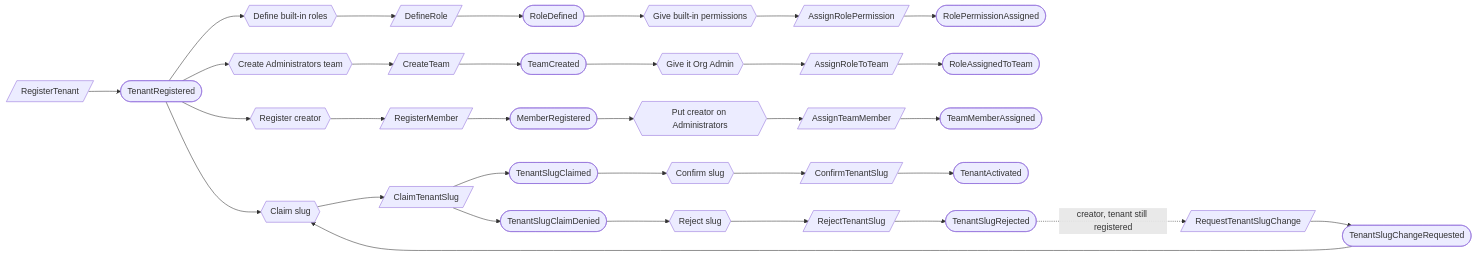
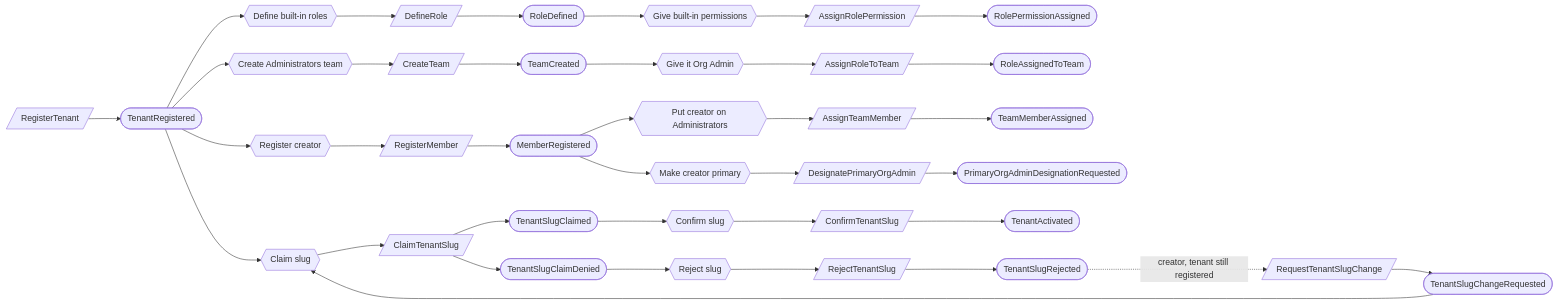
One commit to bdgrz/compliance-core changed the fifth of 13 diagrams in docs/proposed/contexts/platform-access.md. Above: the diagram before and after it, drawn with Mermaid. The commit also changed other lines of this file and 7 other files, not shown here.

````diff
--- a/docs/proposed/contexts/platform-access.md
+++ b/docs/proposed/contexts/platform-access.md
@@ -507,17 +527,18 @@
 ```mermaid
 flowchart LR
     C1[/RegisterTenant/] --> E1([TenantRegistered])
     E1 --> R5{{Define built-in roles}} --> C6[/DefineRole/] --> E7([RoleDefined])
     E7 --> R8{{Give built-in permissions}} --> C9[/AssignRolePermission/] --> E10([RolePermissionAssigned])
     E1 --> R6{{Create Administrators team}} --> C7[/CreateTeam/] --> E8([TeamCreated])
     E8 --> R7{{Give it Org Admin}} --> C8[/AssignRoleToTeam/] --> E9([RoleAssignedToTeam])
     E1 --> R1{{Register creator}} --> C2[/RegisterMember/] --> E2([MemberRegistered])
     E2 --> R9{{Put creator on Administrators}} --> C10[/AssignTeamMember/] --> E11([TeamMemberAssigned])
+    E2 --> R10{{Make creator primary}} --> C12[/DesignatePrimaryOrgAdmin/] --> E13([PrimaryOrgAdminDesignationRequested])
     E1 --> R2{{Claim slug}} --> C3[/ClaimTenantSlug/]
     C3 --> E3([TenantSlugClaimed])
     C3 --> E4([TenantSlugClaimDenied])
     E3 --> R3{{Confirm slug}} --> C4[/ConfirmTenantSlug/] --> E5([TenantActivated])
     E4 --> R4{{Reject slug}} --> C5[/RejectTenantSlug/] --> E6([TenantSlugRejected])
     E6 -. "creator, tenant still registered" .-> C11[/RequestTenantSlugChange/]
     C11 --> E12([TenantSlugChangeRequested]) --> R2
 ```
````
